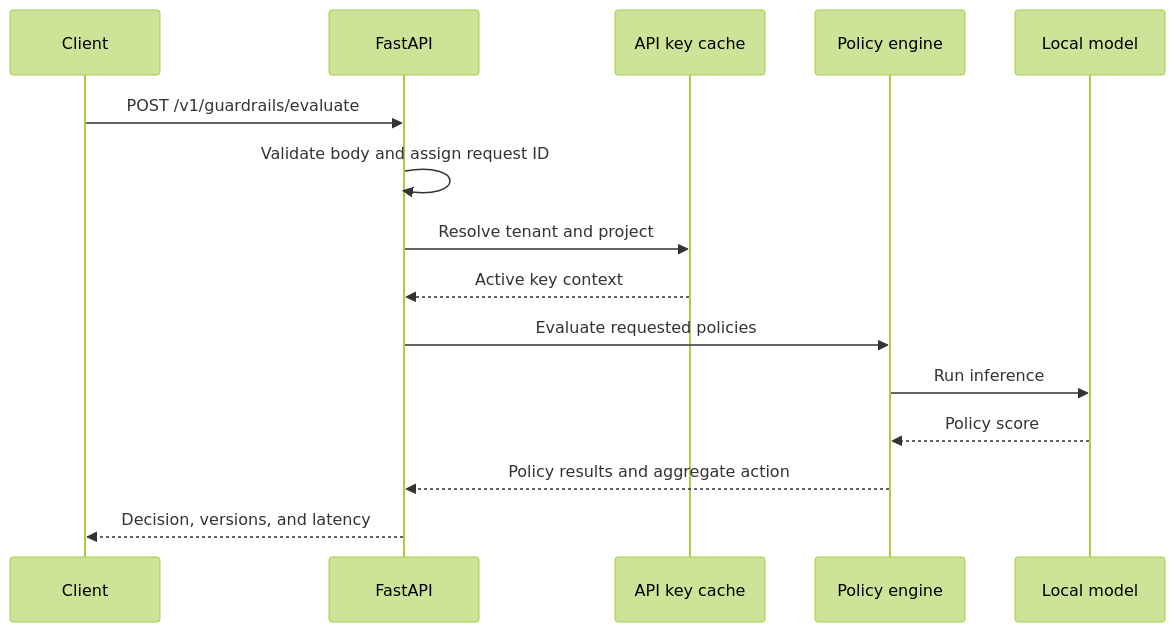
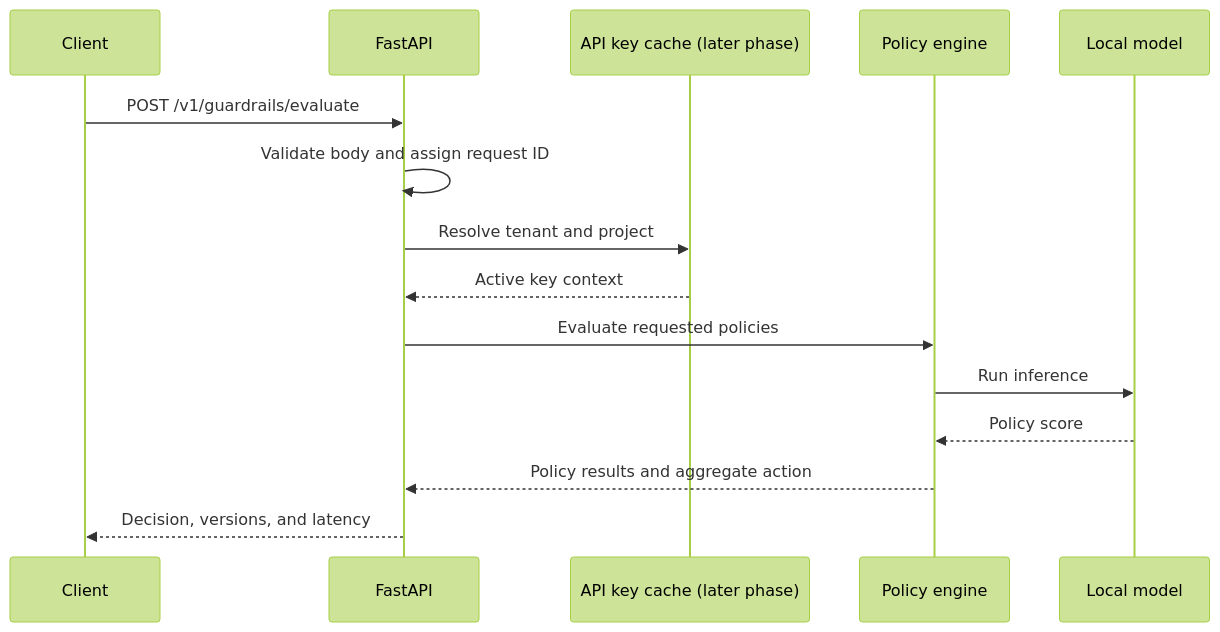
Before and after one commit to amanpratapsingh54/guardrail-mini: the diagram in docs/architecture/inference-path.md, drawn with Mermaid (forest theme). The commit also changed other lines of this file and 15 other files, not shown here.

````diff
--- a/docs/architecture/inference-path.md
+++ b/docs/architecture/inference-path.md
@@ -9,17 +9,17 @@
 ```mermaid
 sequenceDiagram
     participant C as Client
     participant A as FastAPI
-    participant K as API key cache
+    participant K as API key cache (later phase)
     participant P as Policy engine
     participant M as Local model
     C->>A: POST /v1/guardrails/evaluate
     A->>A: Validate body and assign request ID
     A->>K: Resolve tenant and project
     K-->>A: Active key context
     A->>P: Evaluate requested policies
     P->>M: Run inference
     M-->>P: Policy score
     P-->>A: Policy results and aggregate action
     A-->>C: Decision, versions, and latency
 ```
````
